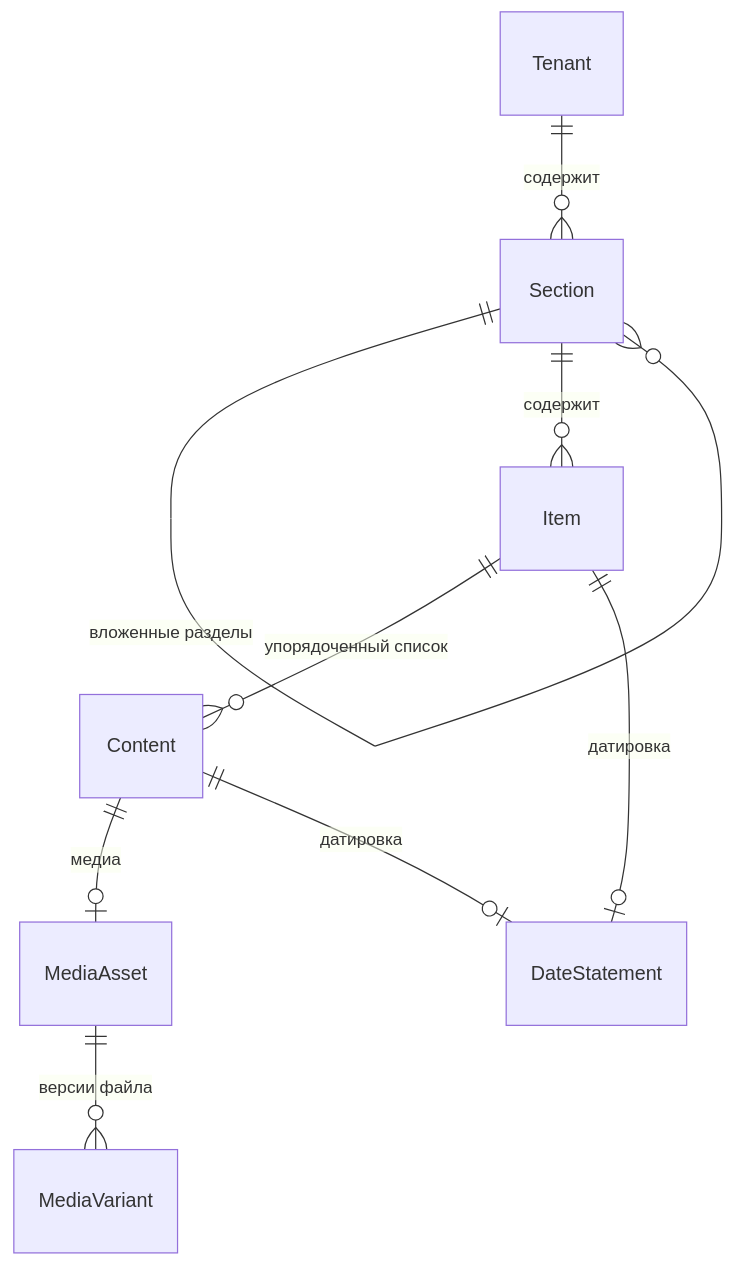
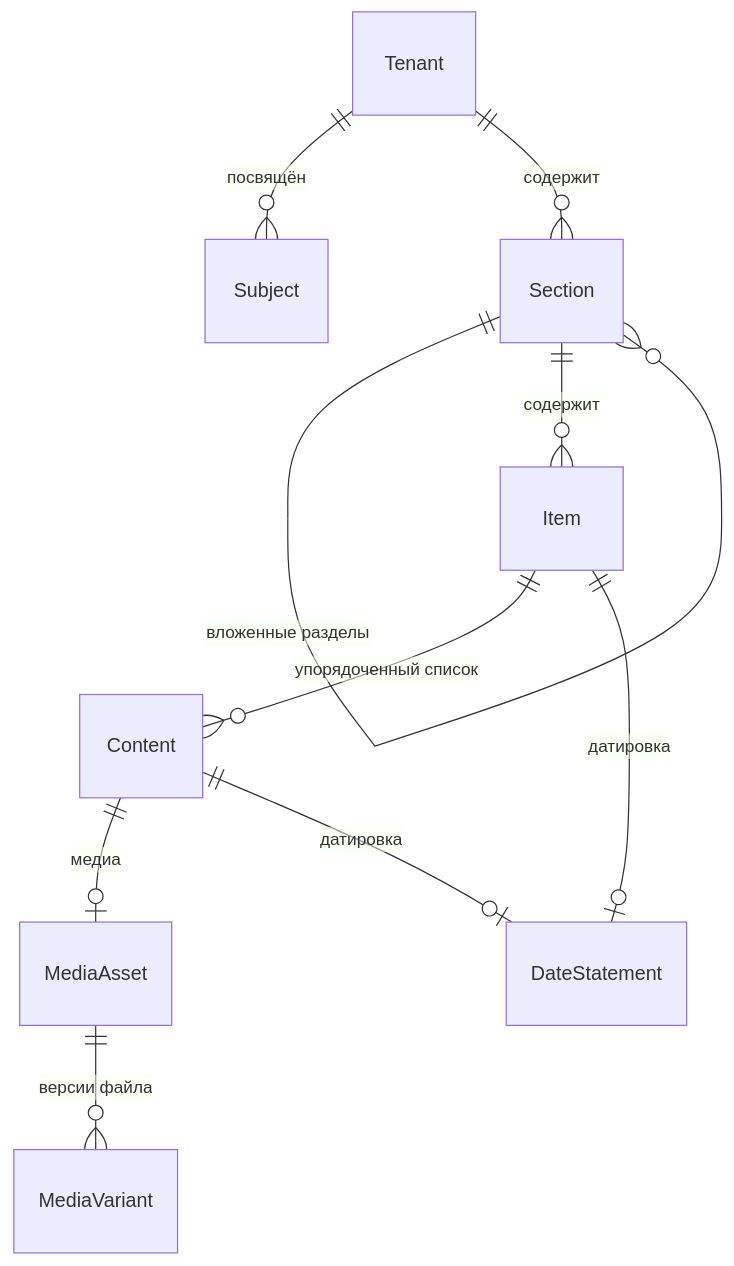
Before and after one commit to KiraKhvan/memory_docs: the diagram in domain_model/Content.md, drawn with Mermaid. The commit also changed other lines of this file and 1 other file, not shown here.

Commit message:
Subject в модели контента

````diff
--- a/domain_model/Content.md
+++ b/domain_model/Content.md
@@ -16,13 +16,14 @@
 ```mermaid
 erDiagram
+    Tenant ||--o{ Subject : "посвящён"
     Tenant ||--o{ Section : "содержит"
 
     Section ||--o{ Section : "вложенные разделы"
     Section ||--o{ Item : "содержит"
     Item ||--o{ Content : "упорядоченный список"
     Content ||--o| MediaAsset : "медиа"
     Item ||--o| DateStatement : "датировка"
     Content ||--o| DateStatement : "датировка"
 
     MediaAsset ||--o{ MediaVariant : "версии файла"
 ```
````
